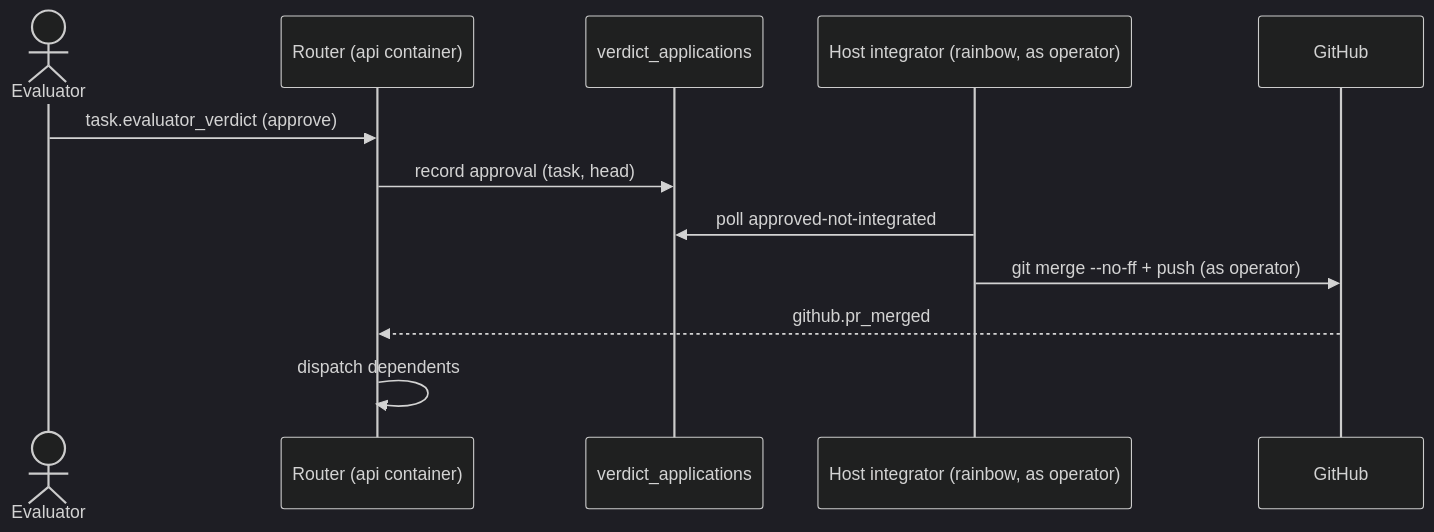
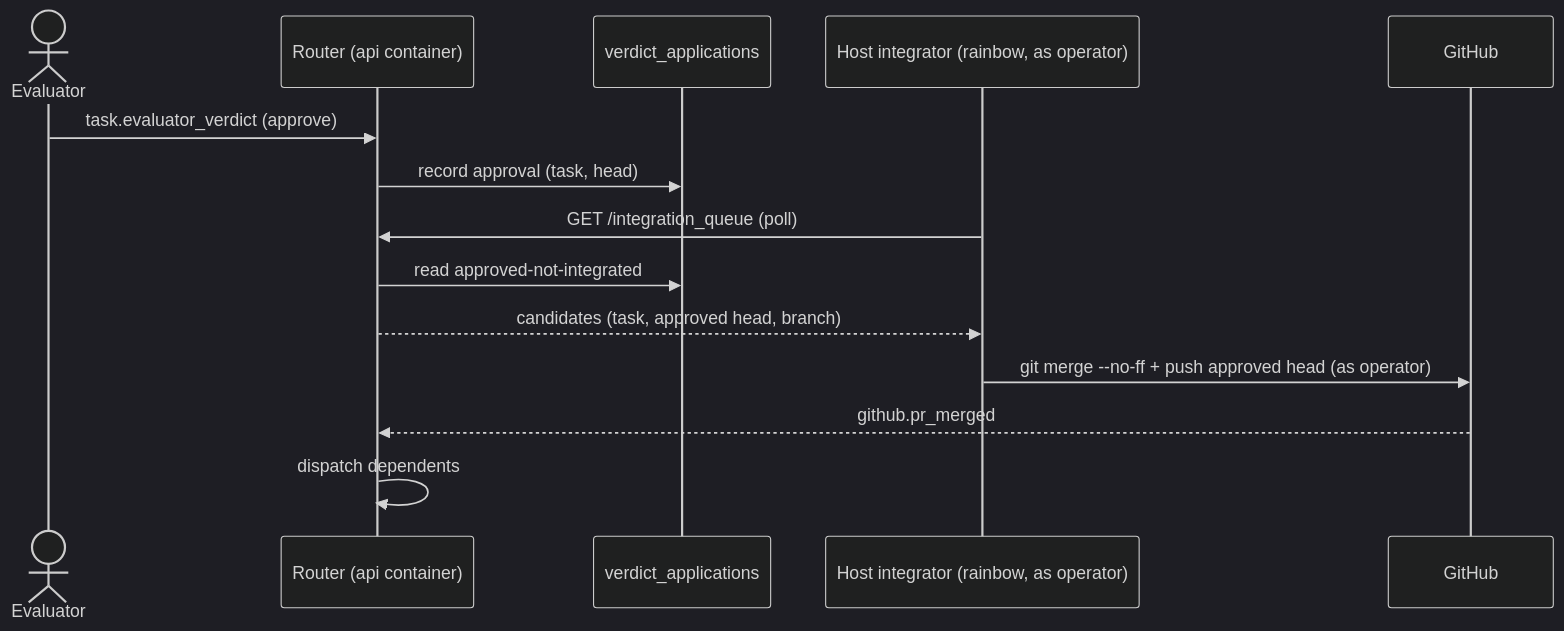
Before and after one commit to joeLepper/treadmill: the diagram in docs/adrs/0119-router-integration-executes-host-side-as-the-operator.md, drawn with Mermaid (dark theme).

Commit message:
docs(adr-0119): diagram fidelity — host polls the work-list via the API, not direct (Bert #421)
Claude-Session: https://claude.ai/code/session_01U6zywvQHUg1VFBTKf8jibA

````diff
--- a/docs/adrs/0119-router-integration-executes-host-side-as-the-operator.md
+++ b/docs/adrs/0119-router-integration-executes-host-side-as-the-operator.md
@@ -54,14 +54,16 @@
 ```mermaid
 sequenceDiagram
     actor Evaluator
     participant Router as Router (api container)
     participant WorkList as verdict_applications
     participant Integrator as Host integrator (rainbow, as operator)
     participant GitHub
     Evaluator->>Router: task.evaluator_verdict (approve)
     Router->>WorkList: record approval (task, head)
-    Integrator->>WorkList: poll approved-not-integrated
-    Integrator->>GitHub: git merge --no-ff + push (as operator)
+    Integrator->>Router: GET /integration_queue (poll)
+    Router->>WorkList: read approved-not-integrated
+    Router-->>Integrator: candidates (task, approved head, branch)
+    Integrator->>GitHub: git merge --no-ff + push approved head (as operator)
     GitHub-->>Router: github.pr_merged
     Router->>Router: dispatch dependents
 ```
````
